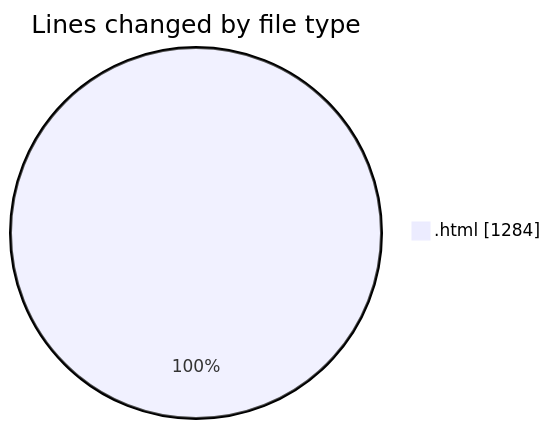
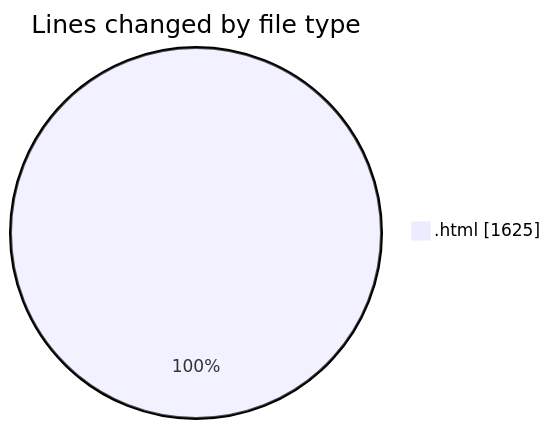
Before and after one commit to Ritupan-Deka/code-tracking: the first of 2 diagrams in 2025-02-15/0starter_files/README.md, drawn with Mermaid. The commit also changed other lines of this file and 1 other file, not shown here.

````diff
--- a/2025-02-15/0starter_files/README.md
+++ b/2025-02-15/0starter_files/README.md
@@ -20,5 +20,5 @@
 ```mermaid
 pie showData
 title Lines changed by file type
-".html" : 1284
+".html" : 1625
 ```
````
